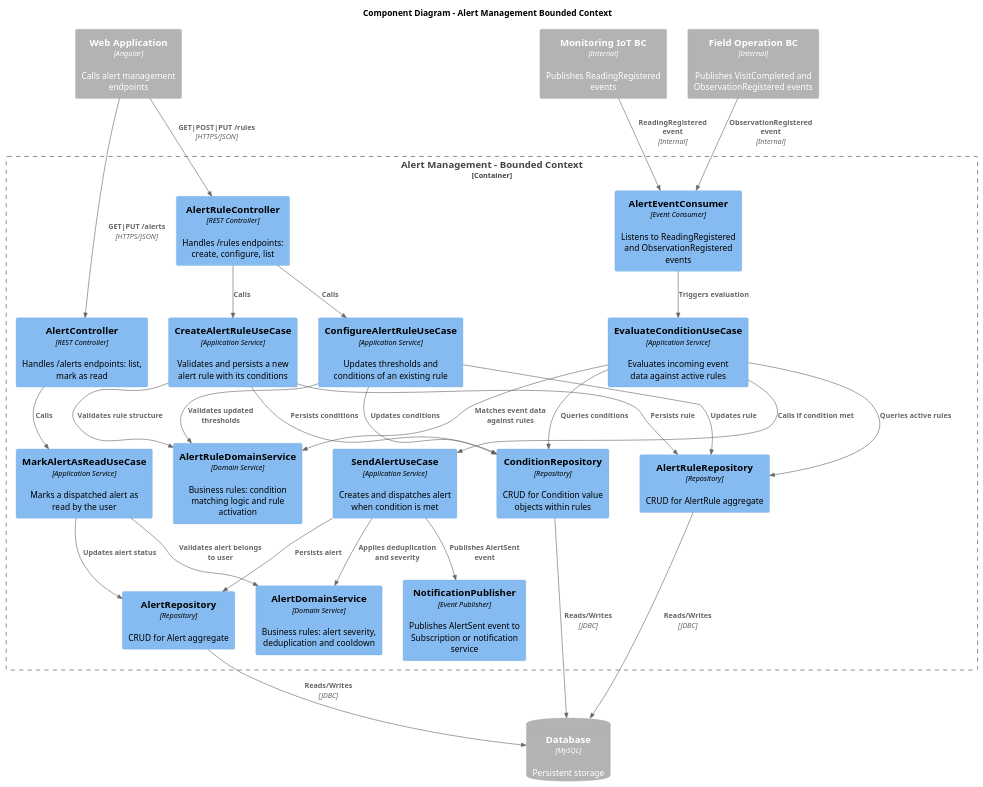
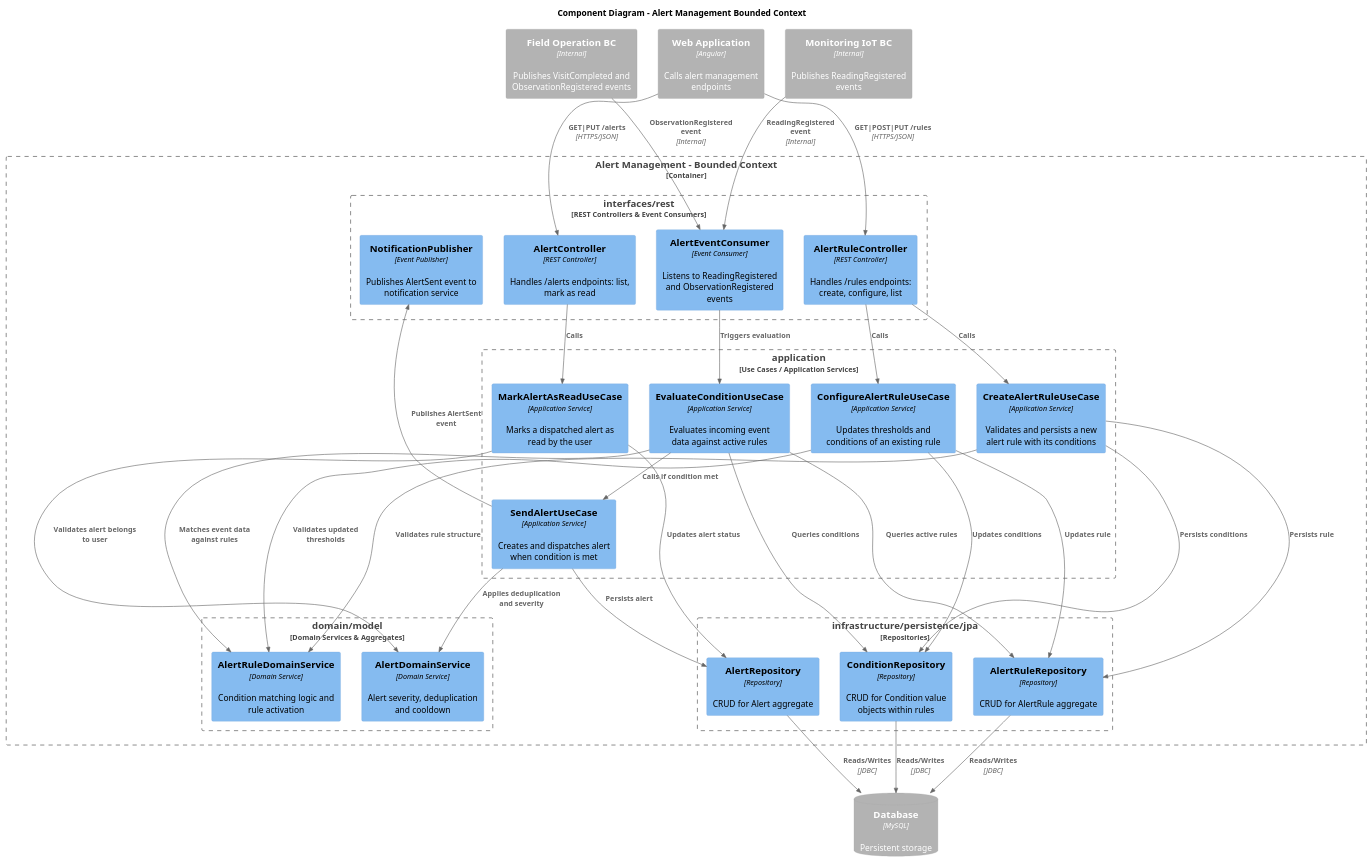
One commit to upc-pre-202610-1asi0729-11881-greenspot/kampo-report changed the diagram in docs/Arquitecture/softwareArquitectureComponentAlerts.puml. Above: the diagram before and after it, drawn with PlantUML. The commit also changed 26 other files, not shown here.

Commit message:
docs(plantuml): refactoring C4 diagrams

```diff
--- a/docs/Arquitecture/softwareArquitectureComponentAlerts.puml
+++ b/docs/Arquitecture/softwareArquitectureComponentAlerts.puml
@@ -1,71 +1,79 @@
 @startuml
 !include https://raw.githubusercontent.com/plantuml-stdlib/C4-PlantUML/master/C4_Component.puml
 
 LAYOUT_TOP_DOWN()
 HIDE_STEREOTYPE()
 
 title Component Diagram – Alert Management Bounded Context
 
 Container_Ext(spa, "Web Application", "Angular", "Calls alert management endpoints")
 Container_Ext(monitoringBC, "Monitoring IoT BC", "Internal", "Publishes ReadingRegistered events")
 Container_Ext(fieldOpBC, "Field Operation BC", "Internal", "Publishes VisitCompleted and ObservationRegistered events")
 ContainerDb_Ext(db, "Database", "MySQL", "Persistent storage")
 
 Container_Boundary(alertBC, "Alert Management – Bounded Context") {
 
-    Component(ruleController,    "AlertRuleController",       "REST Controller",     "Handles /rules endpoints: create, configure, list")
-    Component(alertController,   "AlertController",           "REST Controller",     "Handles /alerts endpoints: list, mark as read")
+    Boundary(interfaces, "interfaces/rest", "REST Controllers & Event Consumers") {
+        Component(ruleController,  "AlertRuleController",  "REST Controller", "Handles /rules endpoints: create, configure, list")
+        Component(alertController, "AlertController",      "REST Controller", "Handles /alerts endpoints: list, mark as read")
+        Component(eventConsumer,   "AlertEventConsumer",   "Event Consumer",  "Listens to ReadingRegistered and ObservationRegistered events")
+        Component(notificationPub, "NotificationPublisher","Event Publisher", "Publishes AlertSent event to notification service")
+    }
 
-    Component(createRuleUC,      "CreateAlertRuleUseCase",    "Application Service", "Validates and persists a new alert rule with its conditions")
-    Component(configureRuleUC,   "ConfigureAlertRuleUseCase", "Application Service", "Updates thresholds and conditions of an existing rule")
-    Component(evaluateCondUC,    "EvaluateConditionUseCase",  "Application Service", "Evaluates incoming event data against active rules")
-    Component(sendAlertUC,       "SendAlertUseCase",          "Application Service", "Creates and dispatches alert when condition is met")
-    Component(markReadUC,        "MarkAlertAsReadUseCase",    "Application Service", "Marks a dispatched alert as read by the user")
+    Boundary(application, "application", "Use Cases / Application Services") {
+        Component(createRuleUC,   "CreateAlertRuleUseCase",    "Application Service", "Validates and persists a new alert rule with its conditions")
+        Component(configureRuleUC,"ConfigureAlertRuleUseCase", "Application Service", "Updates thresholds and conditions of an existing rule")
+        Component(evaluateCondUC, "EvaluateConditionUseCase",  "Application Service", "Evaluates incoming event data against active rules")
+        Component(sendAlertUC,    "SendAlertUseCase",          "Application Service", "Creates and dispatches alert when condition is met")
+        Component(markReadUC,     "MarkAlertAsReadUseCase",    "Application Service", "Marks a dispatched alert as read by the user")
+    }
 
-    Component(ruleDomainSvc,     "AlertRuleDomainService",    "Domain Service",      "Business rules: condition matching logic and rule activation")
-    Component(alertDomainSvc,    "AlertDomainService",        "Domain Service",      "Business rules: alert severity, deduplication and cooldown")
+    Boundary(domain, "domain/model", "Domain Services & Aggregates") {
+        Component(ruleDomainSvc,  "AlertRuleDomainService", "Domain Service", "Condition matching logic and rule activation")
+        Component(alertDomainSvc, "AlertDomainService",     "Domain Service", "Alert severity, deduplication and cooldown")
+    }
 
-    Component(ruleRepo,          "AlertRuleRepository",       "Repository",          "CRUD for AlertRule aggregate")
-    Component(conditionRepo,     "ConditionRepository",       "Repository",          "CRUD for Condition value objects within rules")
-    Component(alertRepo,         "AlertRepository",           "Repository",          "CRUD for Alert aggregate")
-
-    Component(eventConsumer,     "AlertEventConsumer",        "Event Consumer",      "Listens to ReadingRegistered and ObservationRegistered events")
-    Component(notificationPub,   "NotificationPublisher",     "Event Publisher",     "Publishes AlertSent event to Subscription or notification service")
+    Boundary(infrastructure, "infrastructure/persistence/jpa", "Repositories") {
+        Component(ruleRepo,      "AlertRuleRepository", "Repository", "CRUD for AlertRule aggregate")
+        Component(conditionRepo, "ConditionRepository", "Repository", "CRUD for Condition value objects within rules")
+        Component(alertRepo,     "AlertRepository",     "Repository", "CRUD for Alert aggregate")
+    }
 }
 
-Rel(spa, ruleController,  "GET|POST|PUT /rules",   "HTTPS/JSON")
-Rel(spa, alertController, "GET|PUT /alerts",        "HTTPS/JSON")
+' === External → Interface ===
+Rel(spa,          ruleController,  "GET|POST|PUT /rules",         "HTTPS/JSON")
+Rel(spa,          alertController, "GET|PUT /alerts",             "HTTPS/JSON")
+Rel(monitoringBC, eventConsumer,   "ReadingRegistered event",     "Internal")
+Rel(fieldOpBC,    eventConsumer,   "ObservationRegistered event", "Internal")
 
-Rel(monitoringBC, eventConsumer, "ReadingRegistered event",       "Internal")
-Rel(fieldOpBC,    eventConsumer, "ObservationRegistered event",   "Internal")
-
+' === Interface → Application ===
 Rel(ruleController,  createRuleUC,   "Calls")
 Rel(ruleController,  configureRuleUC,"Calls")
 Rel(alertController, markReadUC,     "Calls")
-
 Rel(eventConsumer,   evaluateCondUC, "Triggers evaluation")
 
+' === Application → Domain ===
 Rel(createRuleUC,    ruleDomainSvc,  "Validates rule structure")
+Rel(configureRuleUC, ruleDomainSvc,  "Validates updated thresholds")
+Rel(evaluateCondUC,  ruleDomainSvc,  "Matches event data against rules")
+Rel(sendAlertUC,     alertDomainSvc, "Applies deduplication and severity")
+Rel(markReadUC,      alertDomainSvc, "Validates alert belongs to user")
+
+' === Application → Infrastructure ===
 Rel(createRuleUC,    ruleRepo,       "Persists rule")
 Rel(createRuleUC,    conditionRepo,  "Persists conditions")
-Rel(configureRuleUC, ruleDomainSvc,  "Validates updated thresholds")
 Rel(configureRuleUC, ruleRepo,       "Updates rule")
 Rel(configureRuleUC, conditionRepo,  "Updates conditions")
-
-Rel(evaluateCondUC,  ruleDomainSvc,  "Matches event data against rules")
 Rel(evaluateCondUC,  ruleRepo,       "Queries active rules")
 Rel(evaluateCondUC,  conditionRepo,  "Queries conditions")
 Rel(evaluateCondUC,  sendAlertUC,    "Calls if condition met")
-
-Rel(sendAlertUC,     alertDomainSvc, "Applies deduplication and severity")
 Rel(sendAlertUC,     alertRepo,      "Persists alert")
 Rel(sendAlertUC,     notificationPub,"Publishes AlertSent event")
-
-Rel(markReadUC,      alertDomainSvc, "Validates alert belongs to user")
 Rel(markReadUC,      alertRepo,      "Updates alert status")
 
-Rel(ruleRepo,        db, "Reads/Writes", "JDBC")
-Rel(conditionRepo,   db, "Reads/Writes", "JDBC")
-Rel(alertRepo,       db, "Reads/Writes", "JDBC")
+' === Infrastructure → DB ===
+Rel(ruleRepo,      db, "Reads/Writes", "JDBC")
+Rel(conditionRepo, db, "Reads/Writes", "JDBC")
+Rel(alertRepo,     db, "Reads/Writes", "JDBC")
 
 @enduml
```
